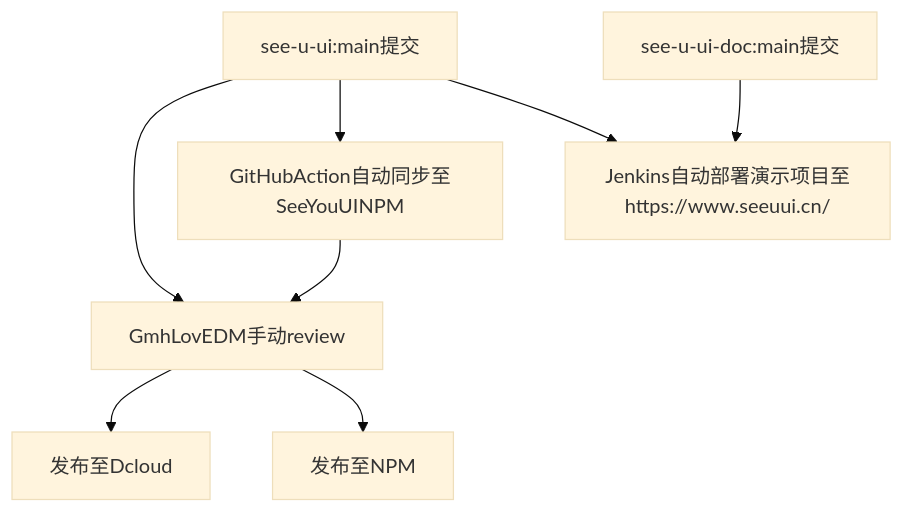
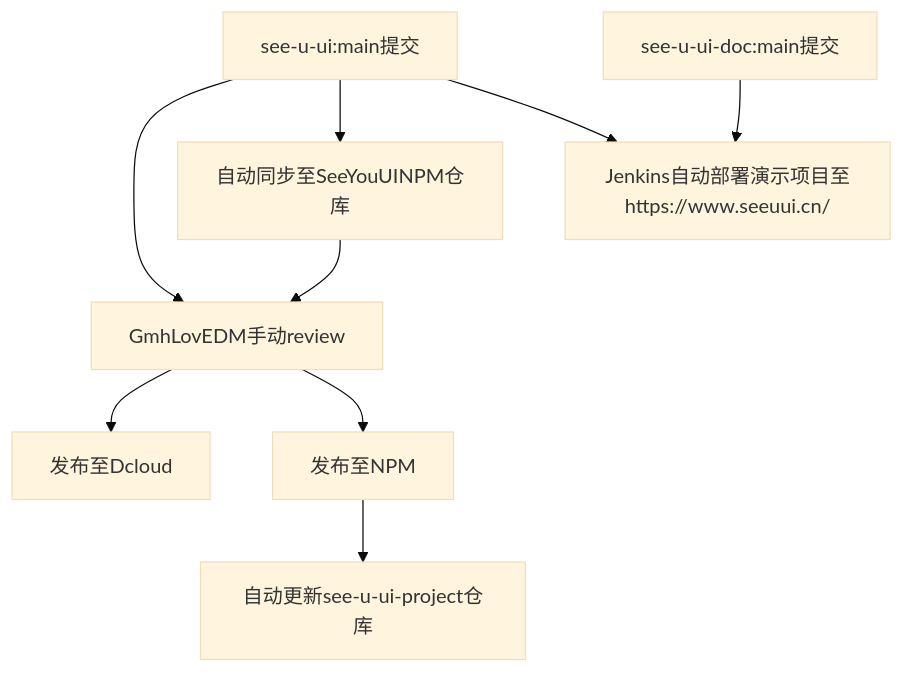
The diagram in docs/contributing.md (seeyouui/see-u-ui-doc), drawn with Mermaid (base theme) before and after one commit. The commit also changed 3 other files, not shown here.

````diff
--- a/docs/contributing.md
+++ b/docs/contributing.md
@@ -36,7 +36,7 @@
 ```mermaid
 graph TD
   see-u-ui:main提交 -->  GmhLovEDM手动review --> 发布至Dcloud
-  see-u-ui:main提交 --> GitHubAction自动同步至SeeYouUINPM --> GmhLovEDM手动review --> 发布至NPM
+  see-u-ui:main提交 --> 自动同步至SeeYouUINPM仓库 --> GmhLovEDM手动review --> 发布至NPM --> 自动更新see-u-ui-project仓库
   see-u-ui:main提交 --> Jenkins自动部署演示项目至https://www.seeuui.cn/
   see-u-ui-doc:main提交 --> Jenkins自动部署演示项目至https://www.seeuui.cn/
 ```
````
